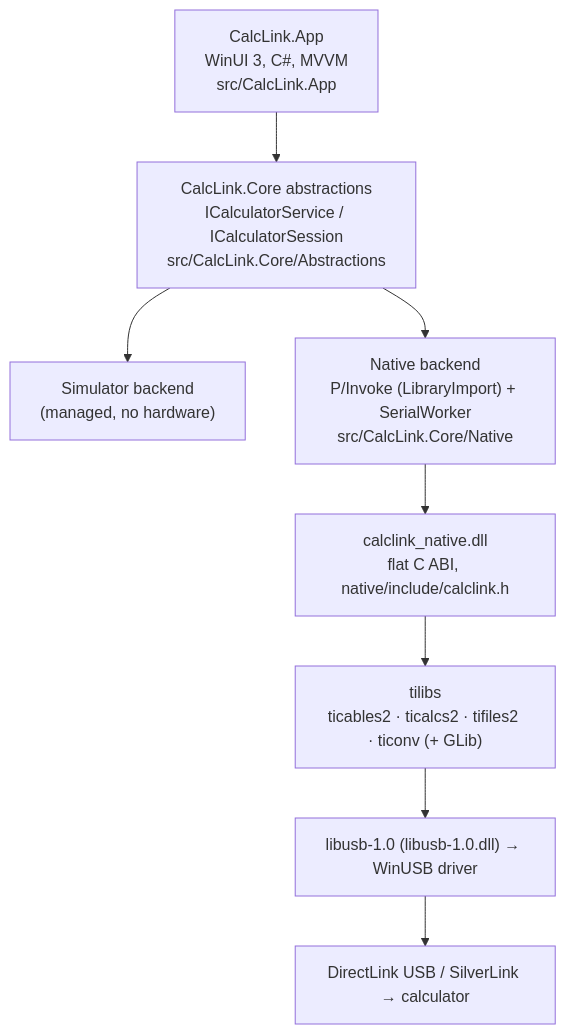
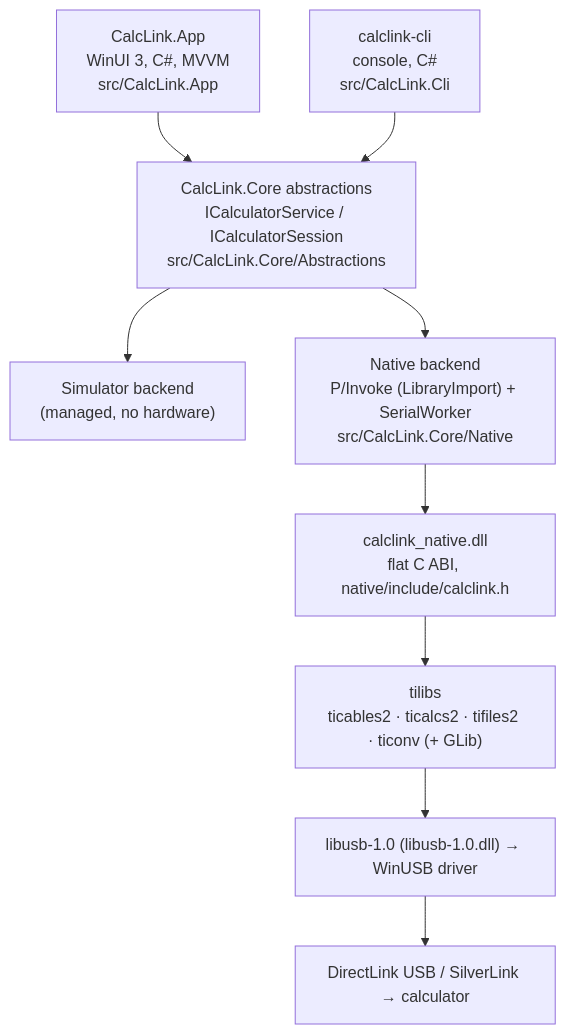
One commit to Singemagique/CalcLink changed the diagram in docs/ARCHITECTURE.md. Above: the diagram before and after it, drawn with Mermaid. The commit also changed other lines of this file and 12 other files, not shown here.

````diff
--- a/docs/ARCHITECTURE.md
+++ b/docs/ARCHITECTURE.md
@@ -13,15 +13,17 @@
 ```mermaid
 flowchart TD
     App["CalcLink.App<br/>WinUI 3, C#, MVVM<br/>src/CalcLink.App"]
+    Cli["calclink-cli<br/>console, C#<br/>src/CalcLink.Cli"]
     Abs["CalcLink.Core abstractions<br/>ICalculatorService / ICalculatorSession<br/>src/CalcLink.Core/Abstractions"]
     Sim["Simulator backend<br/>(managed, no hardware)"]
     Nat["Native backend<br/>P/Invoke (LibraryImport) + SerialWorker<br/>src/CalcLink.Core/Native"]
     Shim["calclink_native.dll<br/>flat C ABI, native/include/calclink.h"]
     Ti["tilibs<br/>ticables2 · ticalcs2 · tifiles2 · ticonv (+ GLib)"]
     Usb["libusb-1.0 (libusb-1.0.dll) → WinUSB driver"]
     HW["DirectLink USB / SilverLink → calculator"]
     App --> Abs
+    Cli --> Abs
     Abs --> Sim
     Abs --> Nat
     Nat --> Shim --> Ti --> Usb --> HW
 ```
````
